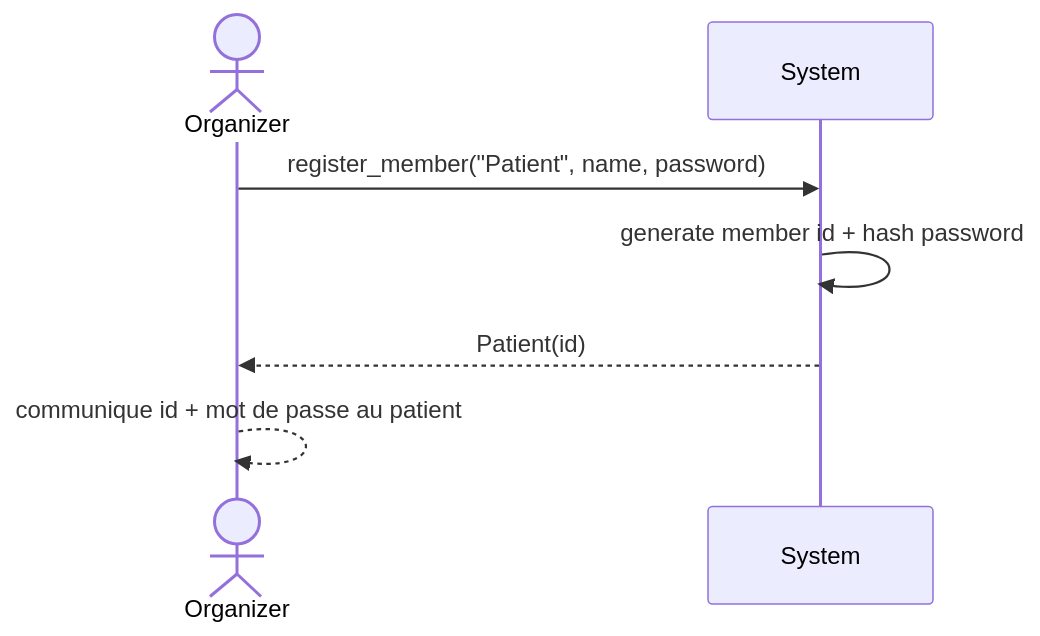
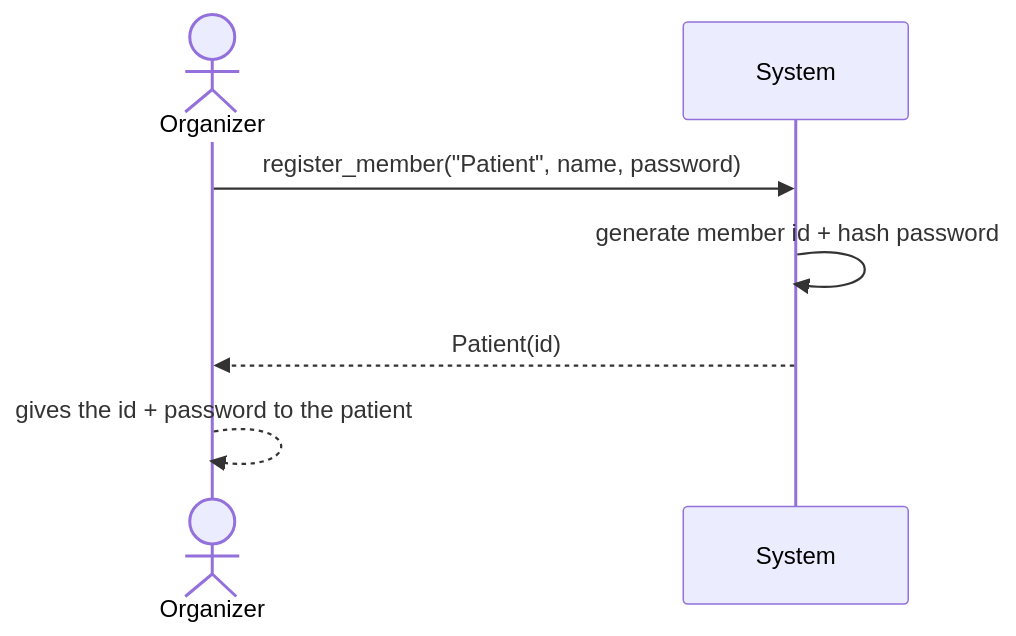
One commit to OthmanChennaoui/oop-aidams-2a-exercices changed the fifth of 7 diagrams in 04_uml/hospital_uml.md. Above: the diagram before and after it, drawn with Mermaid. The commit also changed other lines of this file and 32 other files, not shown here.

````diff
--- a/04_uml/hospital_uml.md
+++ b/04_uml/hospital_uml.md
@@ -219,9 +219,9 @@
 ```mermaid
 sequenceDiagram
     actor O as Organizer
     participant S as System
     O->>S: register_member("Patient", name, password)
     S->>S: generate member id + hash password
     S-->>O: Patient(id)
-    O-->>O: communique id + mot de passe au patient
+    O-->>O: gives the id + password to the patient
 ```
````
